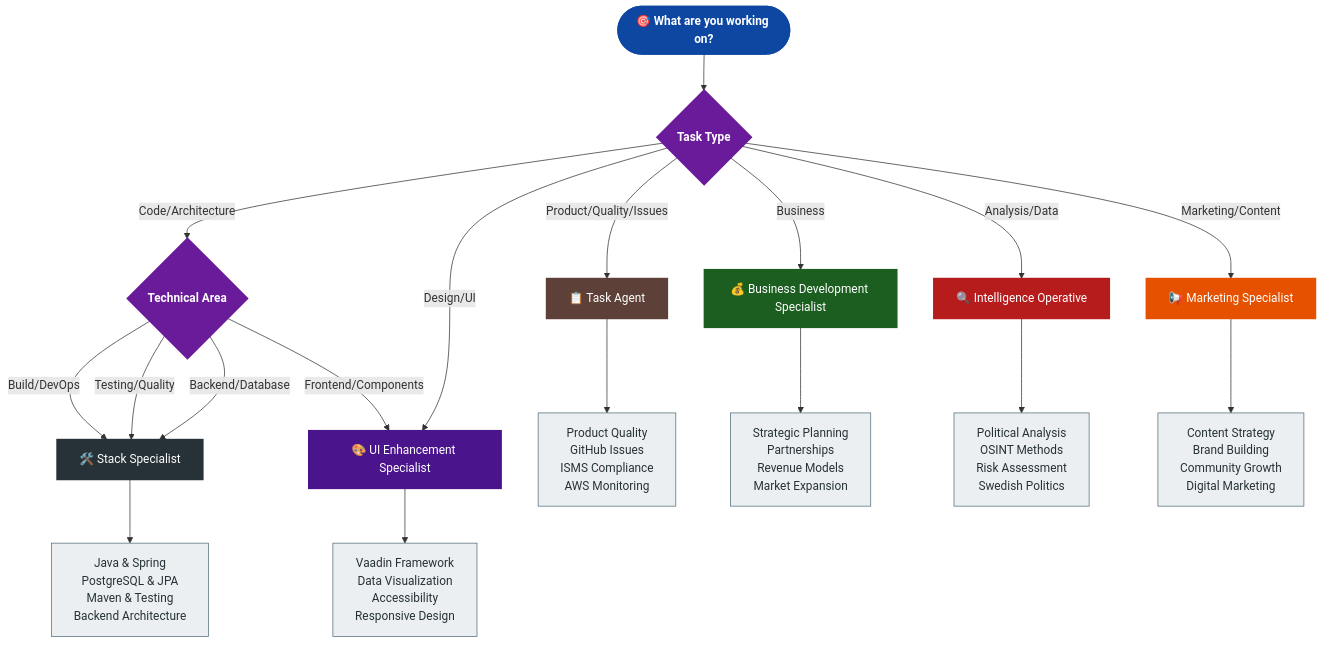
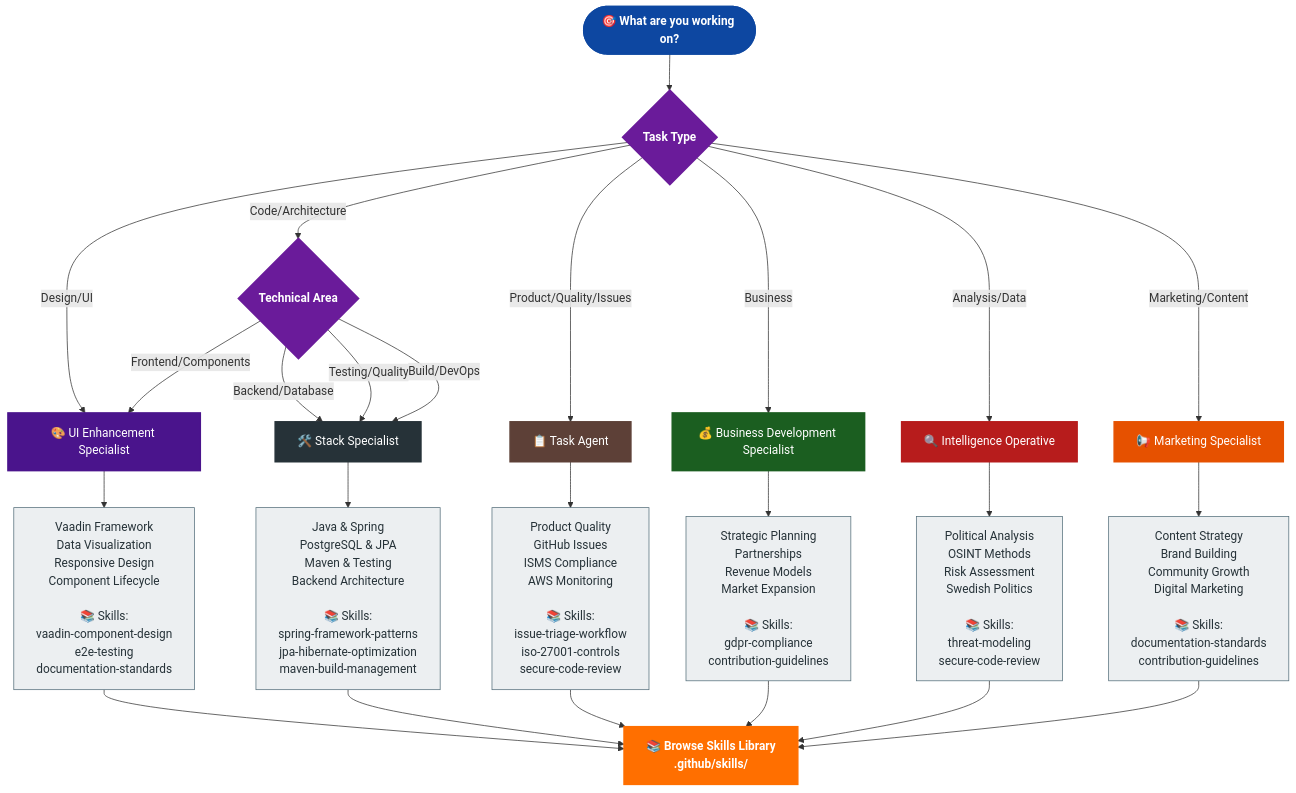
One commit to Hack23/cia changed the second of 2 diagrams in .github/agents/README.md. Above: the diagram before and after it, drawn with Mermaid. The commit also changed other lines of this file and 34 other files, not shown here.

First line of the commit message:
Fix MCP server paths, enhance Copilot governance, correct skill references and security patterns, remove agent MCP configurations, and complete Spring Framework stack alignment (#8321)

````diff
--- a/.github/agents/README.md
+++ b/.github/agents/README.md
@@ -476,43 +640,52 @@
 ```mermaid
 flowchart TD
     Start([🎯 What are you working on?]) --> Type{Task Type}
     
     Type -->|Code/Architecture| Tech{Technical Area}
     Type -->|Design/UI| UI[🎨 UI Enhancement Specialist]
     Type -->|Business| Biz[💰 Business Development Specialist]
     Type -->|Analysis/Data| Intel[🔍 Intelligence Operative]
     Type -->|Marketing/Content| Market[📢 Marketing Specialist]
     Type -->|Product/Quality/Issues| Task[📋 Task Agent]
     
     Tech -->|Backend/Database| Stack[🛠️ Stack Specialist]
     Tech -->|Frontend/Components| UI
     Tech -->|Testing/Quality| Stack
     Tech -->|Build/DevOps| Stack
     
-    UI --> UIDesc[Vaadin Framework<br/>Data Visualization<br/>Accessibility<br/>Responsive Design]
-    Stack --> StackDesc[Java & Spring<br/>PostgreSQL & JPA<br/>Maven & Testing<br/>Backend Architecture]
-    Task --> TaskDesc[Product Quality<br/>GitHub Issues<br/>ISMS Compliance<br/>AWS Monitoring]
-    Biz --> BizDesc[Strategic Planning<br/>Partnerships<br/>Revenue Models<br/>Market Expansion]
-    Intel --> IntelDesc[Political Analysis<br/>OSINT Methods<br/>Risk Assessment<br/>Swedish Politics]
-    Market --> MarketDesc[Content Strategy<br/>Brand Building<br/>Community Growth<br/>Digital Marketing]
+    UI --> UIDesc[Vaadin Framework<br/>Data Visualization<br/>Responsive Design<br/>Component Lifecycle<br/><br/>📚 Skills:<br/>vaadin-component-design<br/>e2e-testing<br/>documentation-standards]
+    Stack --> StackDesc[Java & Spring<br/>PostgreSQL & JPA<br/>Maven & Testing<br/>Backend Architecture<br/><br/>📚 Skills:<br/>spring-framework-patterns<br/>jpa-hibernate-optimization<br/>maven-build-management]
+    Task --> TaskDesc[Product Quality<br/>GitHub Issues<br/>ISMS Compliance<br/>AWS Monitoring<br/><br/>📚 Skills:<br/>issue-triage-workflow<br/>iso-27001-controls<br/>secure-code-review]
+    Biz --> BizDesc[Strategic Planning<br/>Partnerships<br/>Revenue Models<br/>Market Expansion<br/><br/>📚 Skills:<br/>gdpr-compliance<br/>contribution-guidelines]
+    Intel --> IntelDesc[Political Analysis<br/>OSINT Methods<br/>Risk Assessment<br/>Swedish Politics<br/><br/>📚 Skills:<br/>threat-modeling<br/>secure-code-review]
+    Market --> MarketDesc[Content Strategy<br/>Brand Building<br/>Community Growth<br/>Digital Marketing<br/><br/>📚 Skills:<br/>documentation-standards<br/>contribution-guidelines]
+    
+    UIDesc --> Skills[📚 Browse Skills Library<br/>.github/skills/]
+    StackDesc --> Skills
+    TaskDesc --> Skills
+    BizDesc --> Skills
+    IntelDesc --> Skills
+    MarketDesc --> Skills
     
     classDef startNode fill:#0D47A1,stroke:#0D47A1,stroke-width:3px,color:#fff,font-weight:bold
     classDef decisionNode fill:#6A1B9A,stroke:#6A1B9A,stroke-width:3px,color:#fff,font-weight:bold
     classDef taskNode fill:#5D4037,stroke:#5D4037,stroke-width:2px,color:#fff
     classDef stackNode fill:#263238,stroke:#263238,stroke-width:2px,color:#fff
     classDef uiNode fill:#4A148C,stroke:#4A148C,stroke-width:2px,color:#fff
     classDef bizNode fill:#1B5E20,stroke:#1B5E20,stroke-width:2px,color:#fff
     classDef intelNode fill:#B71C1C,stroke:#B71C1C,stroke-width:2px,color:#fff
     classDef marketNode fill:#E65100,stroke:#E65100,stroke-width:2px,color:#fff
     classDef descNode fill:#ECEFF1,stroke:#546E7A,stroke-width:1px,color:#263238
+    classDef skillsNode fill:#FF6F00,stroke:#FF6F00,stroke-width:2px,color:#fff,font-weight:bold
     
     class Start startNode
     class Type,Tech decisionNode
     class Task taskNode
     class Stack stackNode
     class UI uiNode
     class Biz bizNode
     class Intel intelNode
     class Market marketNode
     class UIDesc,StackDesc,TaskDesc,BizDesc,IntelDesc,MarketDesc descNode
+    class Skills skillsNode
 ```
````
